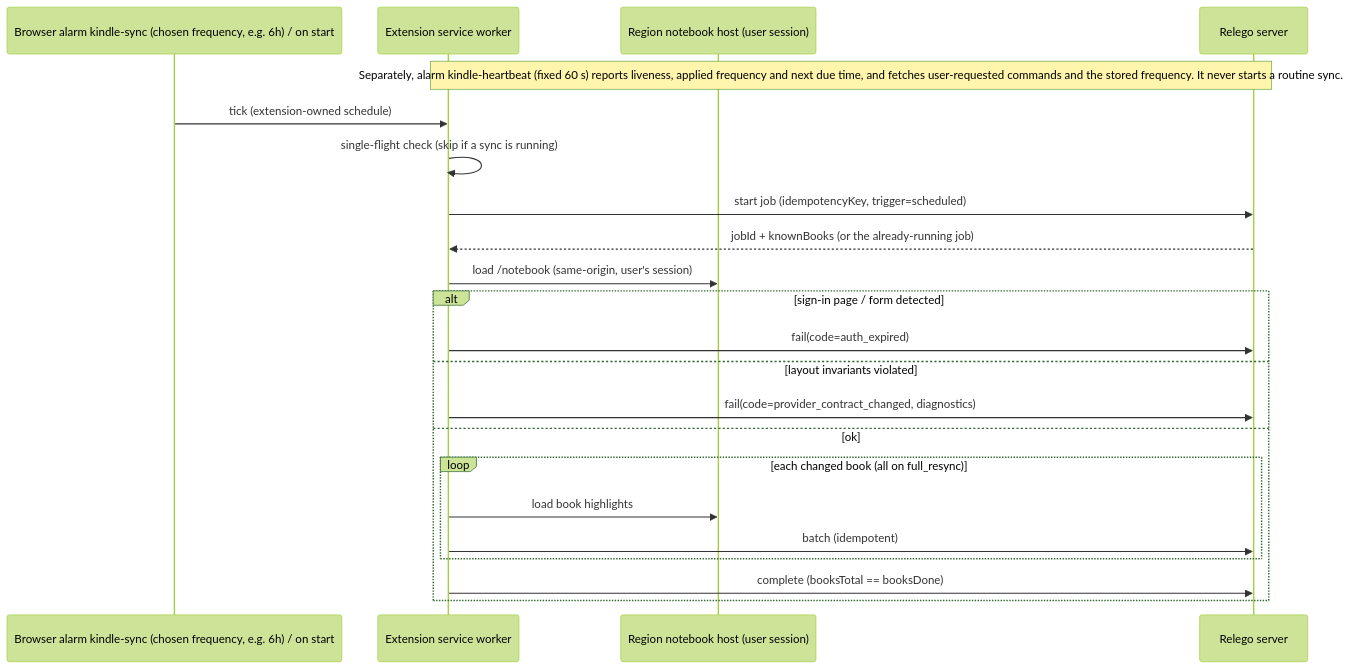
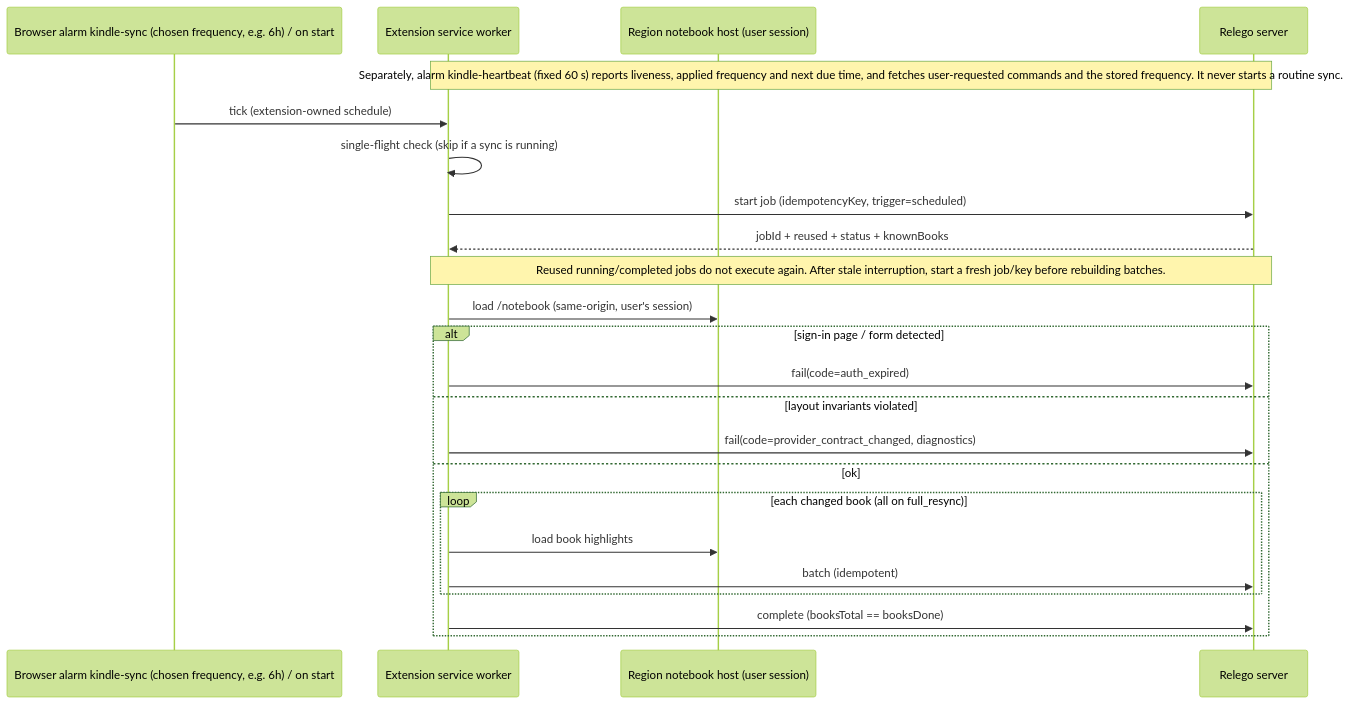
The diagram in specs/011-kindle-background-sync/contracts/extension-notebook-profile.md (krusty93/relego), drawn with Mermaid (forest theme) before and after one commit. The commit also changed other lines of this file and 51 other files, not shown here.

````diff
--- a/specs/011-kindle-background-sync/contracts/extension-notebook-profile.md
+++ b/specs/011-kindle-background-sync/contracts/extension-notebook-profile.md
@@ -15,24 +15,25 @@
 ```mermaid
 sequenceDiagram
     participant Alarm as Browser alarm kindle-sync (chosen frequency, e.g. 6h) / on start
     participant Ext as Extension service worker
     participant Amz as Region notebook host (user session)
     participant Srv as Relego server
     Note over Ext,Srv: Separately, alarm kindle-heartbeat (fixed 60 s) reports liveness, applied frequency and next due time, and fetches user-requested commands and the stored frequency. It never starts a routine sync.
     Alarm->>Ext: tick (extension-owned schedule)
     Ext->>Ext: single-flight check (skip if a sync is running)
     Ext->>Srv: start job (idempotencyKey, trigger=scheduled)
-    Srv-->>Ext: jobId + knownBooks (or the already-running job)
+    Srv-->>Ext: jobId + reused + status + knownBooks
+    Note over Ext,Srv: Reused running/completed jobs do not execute again. After stale interruption, start a fresh job/key before rebuilding batches.
     Ext->>Amz: load /notebook (same-origin, user's session)
     alt sign-in page / form detected
         Ext->>Srv: fail(code=auth_expired)
     else layout invariants violated
         Ext->>Srv: fail(code=provider_contract_changed, diagnostics)
     else ok
         loop each changed book (all on full_resync)
             Ext->>Amz: load book highlights
             Ext->>Srv: batch (idempotent)
         end
         Ext->>Srv: complete (booksTotal == booksDone)
     end
 ```
````
